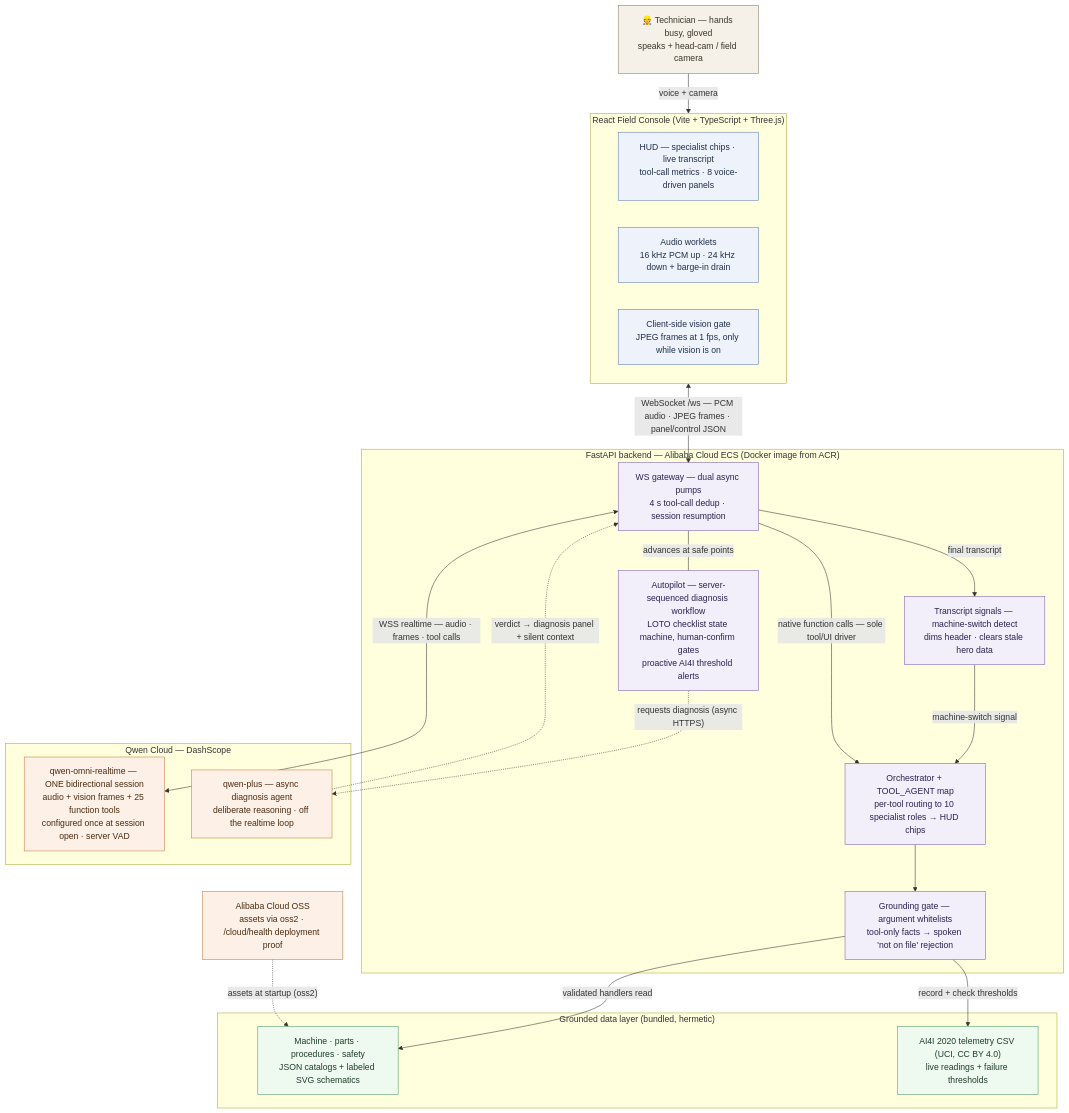
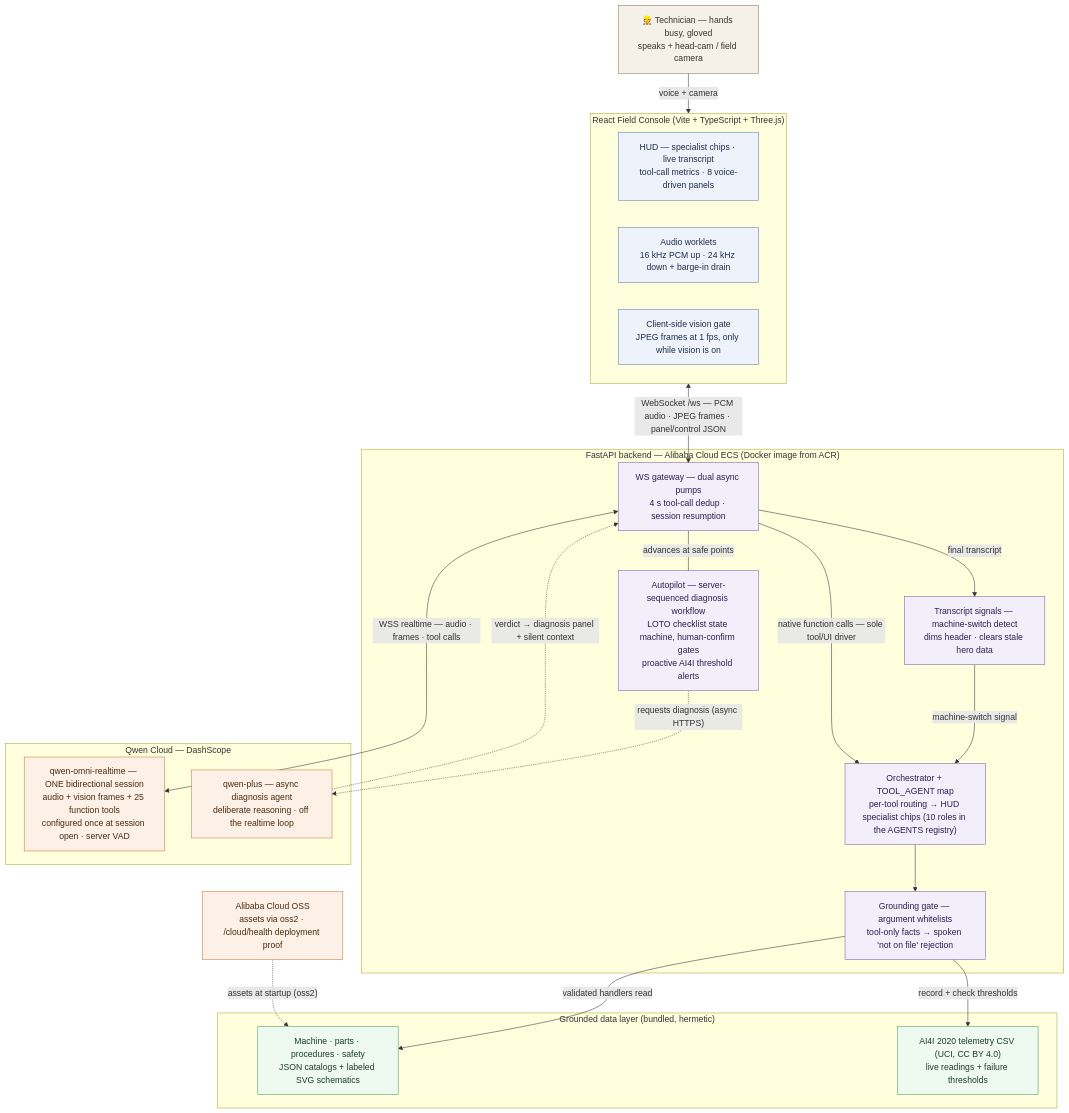
The diagram in docs/architecture.md (kaushikchaturvedula/FORGE), drawn with Mermaid before and after one commit. The commit also changed 1 other file, not shown here.

Commit message:
docs: sync architecture role wording + tidy demo-script intro

````diff
--- a/docs/architecture.md
+++ b/docs/architecture.md
@@ -17,50 +17,50 @@
 ```mermaid
 flowchart TB
   classDef human fill:#f5f0e8,stroke:#8a7a5c,color:#3d3529
   classDef front fill:#eef2fa,stroke:#5b7bb4,color:#22304a
   classDef back fill:#f2eefa,stroke:#7c5bb4,color:#2f2250
   classDef store fill:#eefaf0,stroke:#4f9c63,color:#1f3d27
   classDef cloud fill:#fdf0e7,stroke:#c97b3d,color:#4a2d12
 
   TECH["👷 Technician — hands busy, gloved<br/>speaks + head-cam / field camera"]:::human
 
   subgraph CONSOLE["React Field Console (Vite + TypeScript + Three.js)"]
     HUD["HUD — specialist chips · live transcript<br/>tool-call metrics · 8 voice-driven panels"]:::front
     AUDIO["Audio worklets<br/>16 kHz PCM up · 24 kHz down + barge-in drain"]:::front
     VGATE["Client-side vision gate<br/>JPEG frames at 1 fps, only while vision is on"]:::front
   end
 
   subgraph BACKEND["FastAPI backend — Alibaba Cloud ECS (Docker image from ACR)"]
     GW["WS gateway — dual async pumps<br/>4 s tool-call dedup · session resumption"]:::back
     INTENT["Transcript signals — machine-switch detect<br/>dims header · clears stale hero data"]:::back
-    ORCH["Orchestrator + TOOL_AGENT map<br/>per-tool routing to 10 specialist roles → HUD chips"]:::back
+    ORCH["Orchestrator + TOOL_AGENT map<br/>per-tool routing → HUD specialist chips (10 roles in the AGENTS registry)"]:::back
     GROUND["Grounding gate — argument whitelists<br/>tool-only facts → spoken 'not on file' rejection"]:::back
     AUTO["Autopilot — server-sequenced diagnosis workflow<br/>LOTO checklist state machine, human-confirm gates<br/>proactive AI4I threshold alerts"]:::back
   end
 
   subgraph DATALAYER["Grounded data layer (bundled, hermetic)"]
     CAT["Machine · parts · procedures · safety<br/>JSON catalogs + labeled SVG schematics"]:::store
     AI4I["AI4I 2020 telemetry CSV (UCI, CC BY 4.0)<br/>live readings + failure thresholds"]:::store
   end
 
   subgraph QWEN["Qwen Cloud — DashScope"]
     RT["qwen-omni-realtime — ONE bidirectional session<br/>audio + vision frames + 25 function tools<br/>configured once at session open · server VAD"]:::cloud
     QP["qwen-plus — async diagnosis agent<br/>deliberate reasoning · off the realtime loop"]:::cloud
   end
 
   OSS["Alibaba Cloud OSS<br/>assets via oss2 · /cloud/health deployment proof"]:::cloud
 
   TECH -->|"voice + camera"| CONSOLE
   CONSOLE <-->|"WebSocket /ws — PCM audio · JPEG frames · panel/control JSON"| GW
   GW -->|"final transcript"| INTENT
   INTENT -->|"machine-switch signal"| ORCH
   GW -->|"native function calls — sole tool/UI driver"| ORCH
   GW ---|"advances at safe points"| AUTO
   ORCH --> GROUND
   GROUND -->|"validated handlers read"| CAT
   GROUND -->|"record + check thresholds"| AI4I
   GW <-->|"WSS realtime — audio · frames · tool calls"| RT
   AUTO -.->|"requests diagnosis (async HTTPS)"| QP
   QP -.->|"verdict → diagnosis panel + silent context"| GW
   OSS -.->|"assets at startup (oss2)"| CAT
 ```
````
